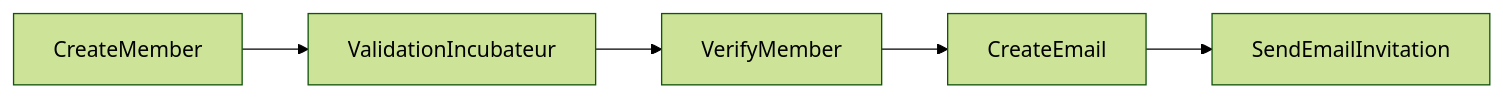
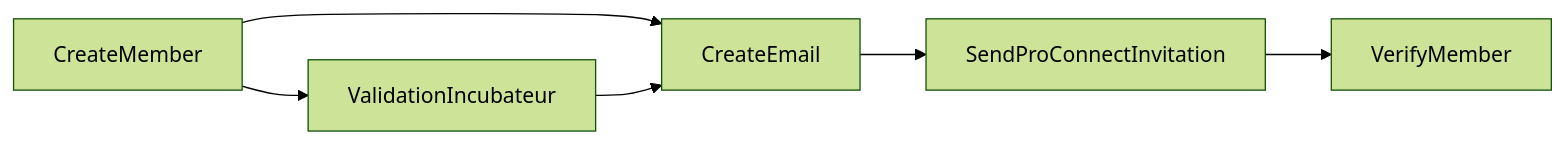
Before and after one commit to betagouv/espace-membre-next: the first of 2 diagrams in README.md, drawn with Mermaid (forest theme). The commit also changed other lines of this file and 40 other files, not shown here.

````diff
--- a/README.md
+++ b/README.md
@@ -123,8 +128,9 @@
 ```mermaid
 graph LR
 
 CreateMember-->ValidationIncubateur
-ValidationIncubateur-->VerifyMember
-VerifyMember-->CreateEmail
-CreateEmail-->SendEmailInvitation
+CreateMember-->CreateEmail
+ValidationIncubateur-->CreateEmail
+CreateEmail-->SendProConnectInvitation
+SendProConnectInvitation-->VerifyMember
 ```
````
